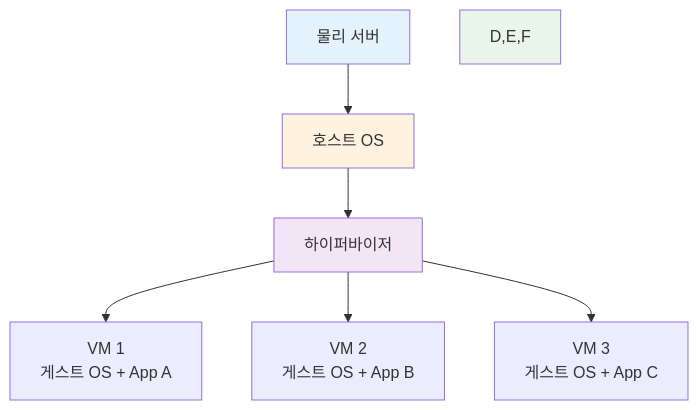
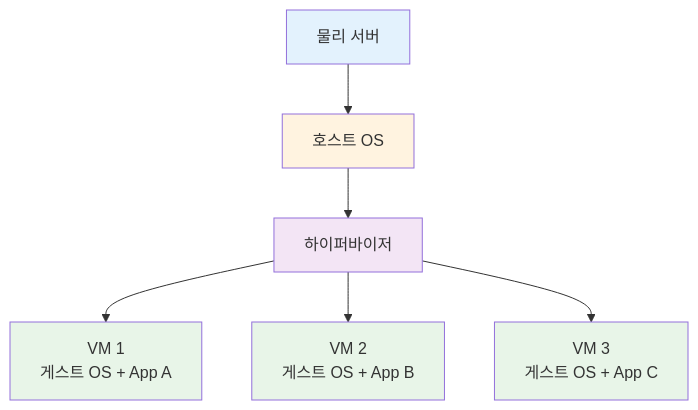
The third of 4 diagrams in theory/week_01/day2/session_1.md (niceguy61/kdt_devops_lecture_2025), drawn with Mermaid before and after one commit. The commit also changed other lines of this file, not shown here.

````diff
--- a/theory/week_01/day2/session_1.md
+++ b/theory/week_01/day2/session_1.md
@@ -86,13 +92,15 @@
 ```mermaid
 graph TB
     A[물리 서버] --> B[호스트 OS]
     B --> C[하이퍼바이저]
     C --> D[VM 1<br/>게스트 OS + App A]
     C --> E[VM 2<br/>게스트 OS + App B]
     C --> F[VM 3<br/>게스트 OS + App C]
     
     style A fill:#e3f2fd
     style B fill:#fff3e0
     style C fill:#f3e5f5
-    style D,E,F fill:#e8f5e8
+    style D fill:#e8f5e8
+    style E fill:#e8f5e8
+    style F fill:#e8f5e8
 ```
````
